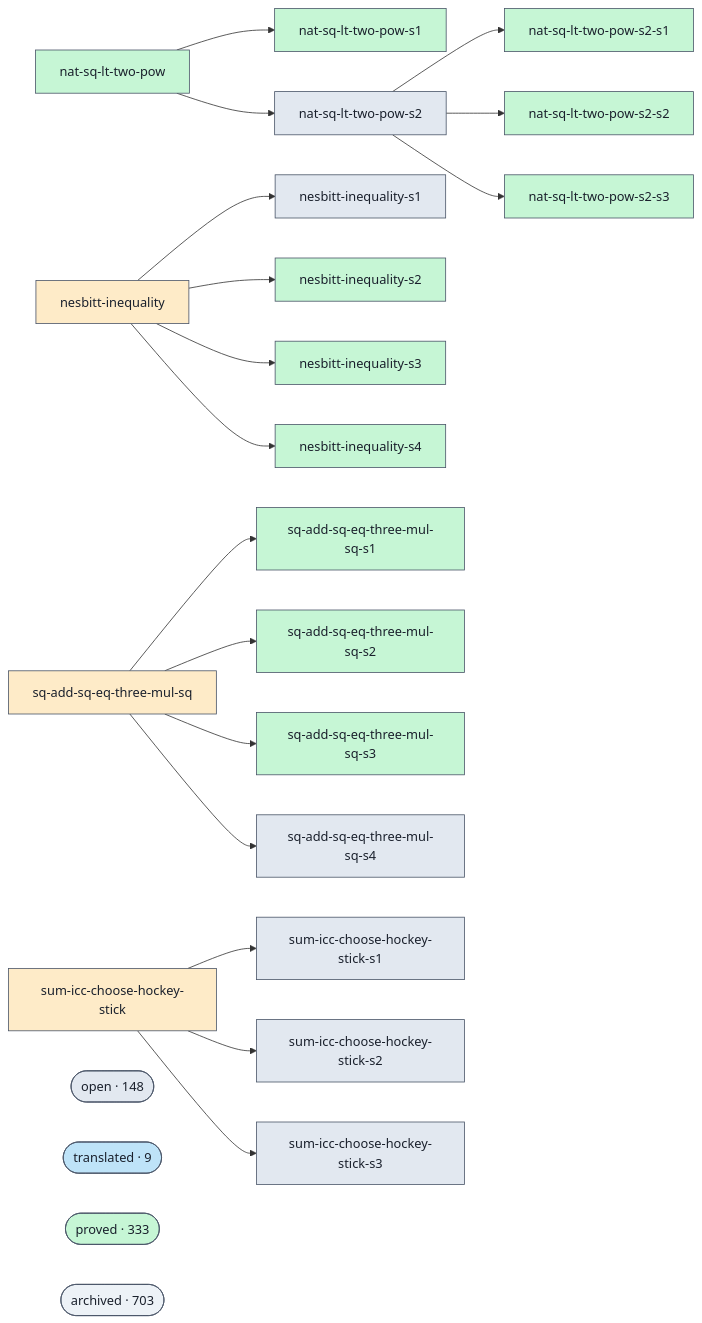
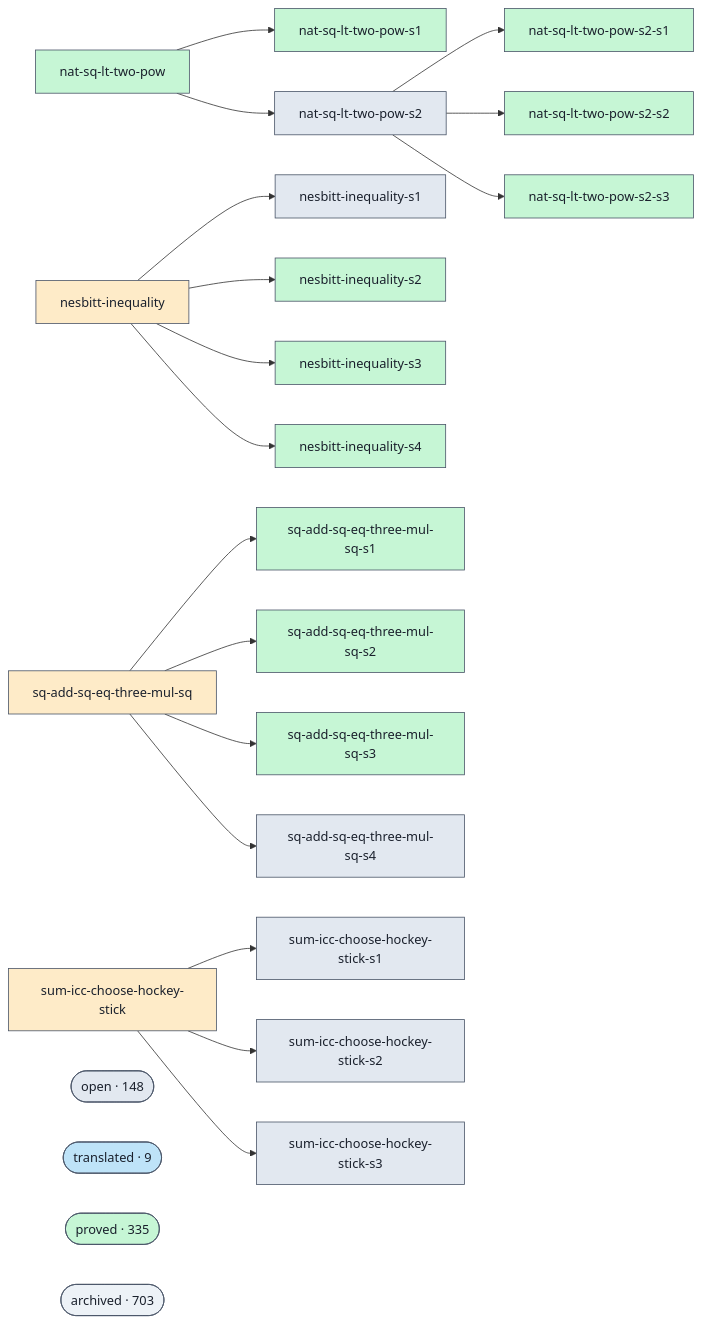
One commit to ohdearquant/unsorry changed the diagram in docs/proofs-contributors-visualisation.md. Above: the diagram before and after it, drawn with Mermaid. The commit also changed other lines of this file and 2 other files, not shown here.

```diff
--- a/docs/proofs-contributors-visualisation.md
+++ b/docs/proofs-contributors-visualisation.md
@@ -102,7 +102,7 @@
   class cluster_open open;
   cluster_translated(["translated · 9"])
   class cluster_translated translated;
-  cluster_proved(["proved · 333"])
+  cluster_proved(["proved · 335"])
   class cluster_proved proved;
   cluster_archived(["archived · 703"])
   class cluster_archived unknown;
```
